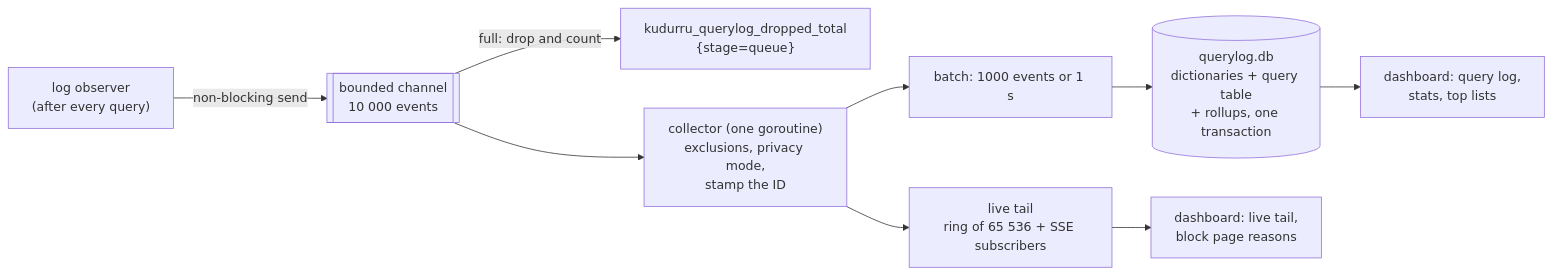
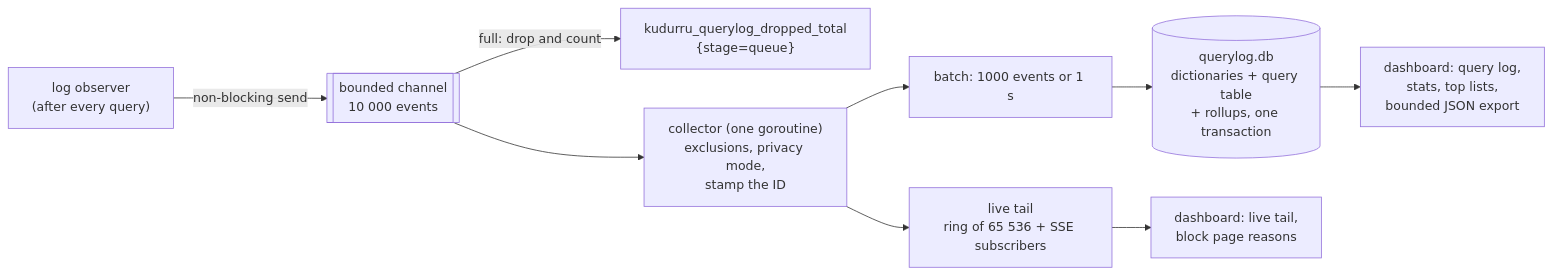
The first of 4 diagrams in docs/architecture/observability.md (robertherbaugh/kudurru), drawn with Mermaid before and after one commit. The commit also changed other lines of this file and 16 other files, not shown here.

````diff
--- a/docs/architecture/observability.md
+++ b/docs/architecture/observability.md
@@ -93,11 +93,11 @@
 ```mermaid
 flowchart LR
     OBS["log observer<br/>(after every query)"] -->|"non-blocking send"| CH[["bounded channel<br/>10 000 events"]]
     CH -->|"full: drop and count"| DROP["kudurru_querylog_dropped_total<br/>{stage=queue}"]
     CH --> COL["collector (one goroutine)<br/>exclusions, privacy mode,<br/>stamp the ID"]
     COL --> TAIL["live tail<br/>ring of 65 536 + SSE subscribers"]
     COL --> BATCH["batch: 1000 events or 1 s"]
     BATCH --> DB[("querylog.db<br/>dictionaries + query table<br/>+ rollups, one transaction")]
     TAIL --> API["dashboard: live tail,<br/>block page reasons"]
-    DB --> API2["dashboard: query log,<br/>stats, top lists"]
+    DB --> API2["dashboard: query log,<br/>stats, top lists,<br/>bounded JSON export"]
 ```
````
